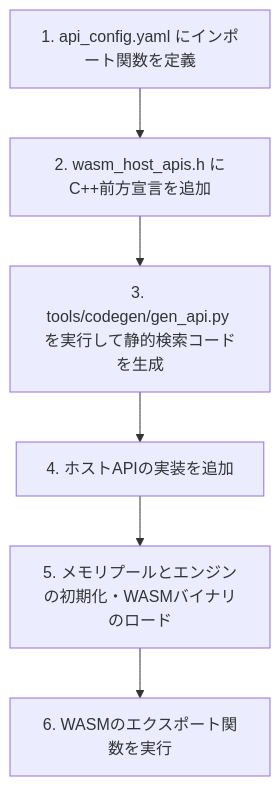
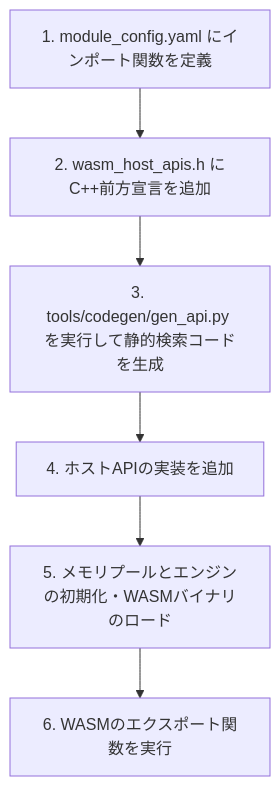
One commit to puchinya/embwasm changed the diagram in docs/getting_started.md. Above: the diagram before and after it, drawn with Mermaid. The commit also changed other lines of this file and 10 other files, not shown here.

Commit message:
Migrate from `api_config.yaml` to `module_config.yaml` for improved modularity and static API configuration management. Update related code generation scripts, documentation, and build setups accordingly.

````diff
--- a/docs/getting_started.md
+++ b/docs/getting_started.md
@@ -11,8 +11,8 @@
 ```mermaid
 graph TD
-    A[1. api_config.yaml にインポート関数を定義] --> B[2. wasm_host_apis.h にC++前方宣言を追加]
+    A[1. module_config.yaml にインポート関数を定義] --> B[2. wasm_host_apis.h にC++前方宣言を追加]
     B --> C[3. tools/codegen/gen_api.py を実行して静的検索コードを生成]
     C --> D[4. ホストAPIの実装を追加]
     D --> E[5. メモリプールとエンジンの初期化・WASMバイナリのロード]
     E --> F[6. WASMのエクスポート関数を実行]
 ```
````
